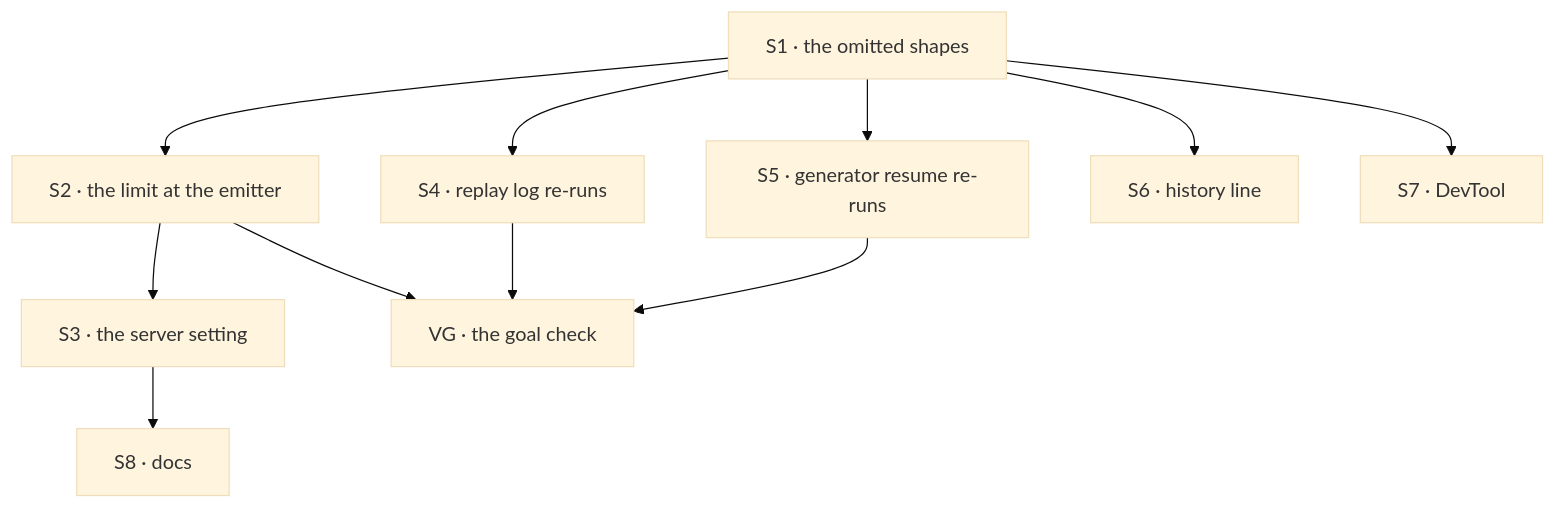
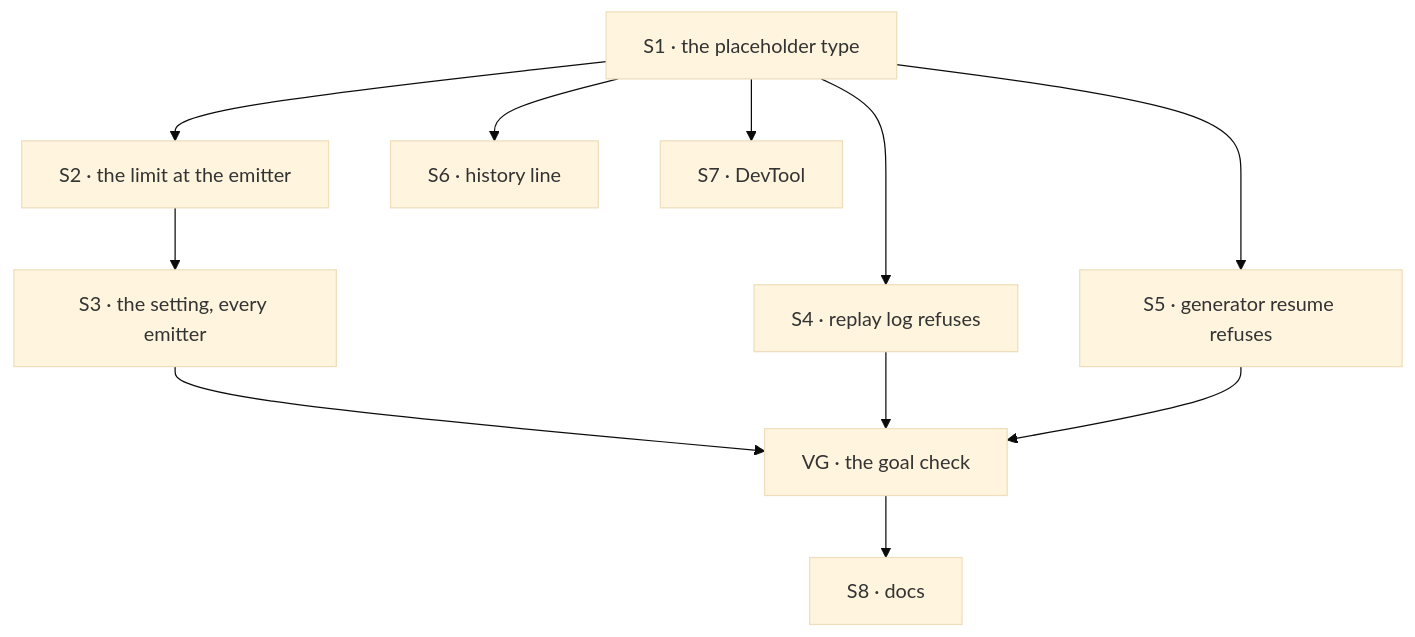
The diagram in specs/issues/FIX-1772/PLAN.md (fixpoint-labs/flow-state-dev), drawn with Mermaid (base theme) before and after one commit. The commit also changed other lines of this file and 11 other files, not shown here.

````diff
--- a/specs/issues/FIX-1772/PLAN.md
+++ b/specs/issues/FIX-1772/PLAN.md
@@ -24,13 +24,13 @@
 ```mermaid
 flowchart TD
-  S1["S1 · the omitted shapes"] --> S2["S2 · the limit at the emitter"]
-  S2 --> S3["S3 · the server setting"]
-  S1 --> S4["S4 · replay log re-runs"]
-  S1 --> S5["S5 · generator resume re-runs"]
+  S1["S1 · the placeholder type"] --> S2["S2 · the limit at the emitter"]
+  S2 --> S3["S3 · the setting, every emitter"]
+  S1 --> S4["S4 · replay log refuses"]
+  S1 --> S5["S5 · generator resume refuses"]
   S1 --> S6["S6 · history line"]
   S1 --> S7["S7 · DevTool"]
-  S2 --> VG["VG · the goal check"]
+  S3 --> VG["VG · the goal check"]
   S4 --> VG
   S5 --> VG
-  S3 --> S8["S8 · docs"]
+  VG --> S8["S8 · docs"]
 ```
````
